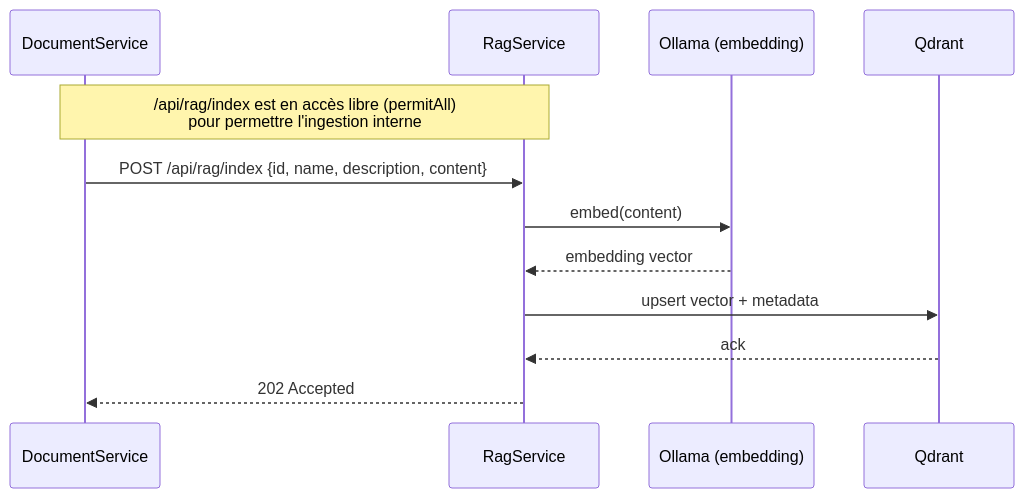
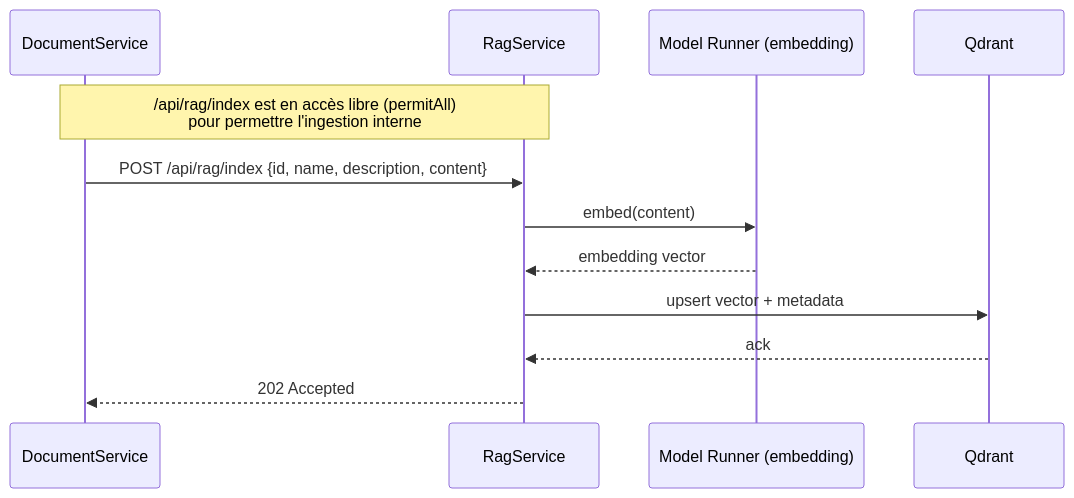
Before and after one commit to dbeaumont/knowledge-app: the second of 4 diagrams in docs/rag-call-flow.md, drawn with Mermaid. The commit also changed other lines of this file and 10 other files, not shown here.

````diff
--- a/docs/rag-call-flow.md
+++ b/docs/rag-call-flow.md
@@ -29,15 +29,15 @@
 ```mermaid
 sequenceDiagram
     participant DocumentService
     participant RagService
     note over DocumentService,RagService: /api/rag/index est en accès libre (permitAll)<br/>pour permettre l'ingestion interne
-    participant Ollama as Ollama (embedding)
+    participant ModelRunner as Model Runner (embedding)
     participant Qdrant
 
     DocumentService->>RagService: POST /api/rag/index {id, name, description, content}
-    RagService->>Ollama: embed(content)
-    Ollama-->>RagService: embedding vector
+    RagService->>ModelRunner: embed(content)
+    ModelRunner-->>RagService: embedding vector
     RagService->>Qdrant: upsert vector + metadata
     Qdrant-->>RagService: ack
     RagService-->>DocumentService: 202 Accepted
 ```
````
